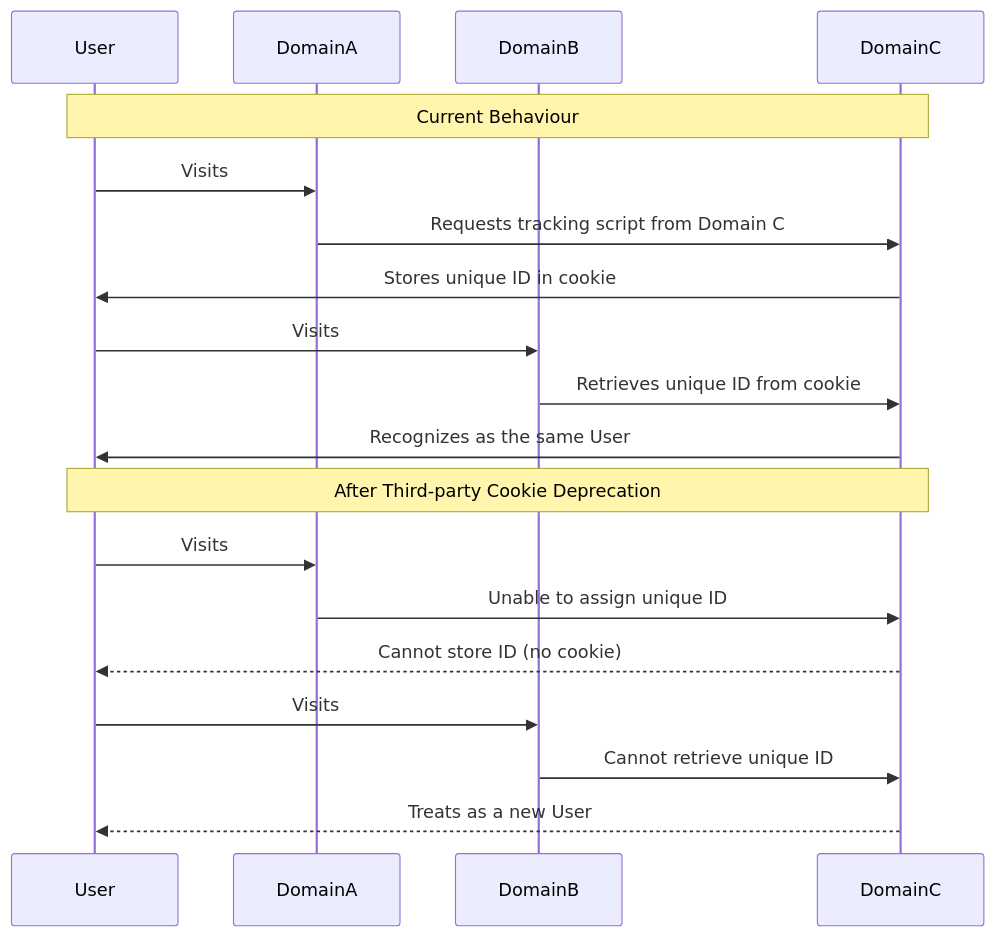
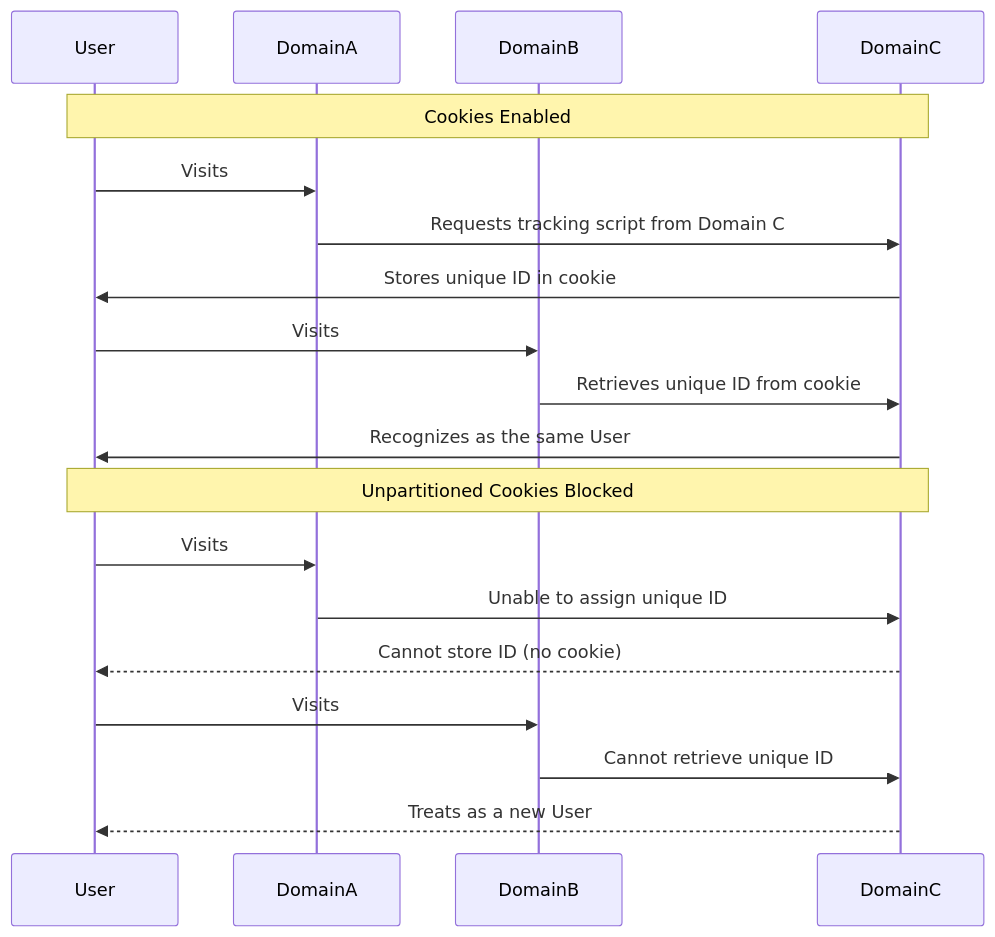
One commit to rtCamp/ps-analysis-tool-wiki changed the first of 7 diagrams in Example-analysis-scenarios.md. Above: the diagram before and after it, drawn with Mermaid. The commit also changed other lines of this file and 5 other files, not shown here.

````diff
--- a/Example-analysis-scenarios.md
+++ b/Example-analysis-scenarios.md
@@ -17,25 +17,25 @@
 ```mermaid
 sequenceDiagram
     participant User
     participant DomainA
     participant DomainB
     participant DomainC
 
-    Note over User,DomainC: Current Behaviour
+    Note over User,DomainC: Cookies Enabled
 
     User->>DomainA: Visits
     DomainA->>DomainC: Requests tracking script from Domain C
     DomainC->>User: Stores unique ID in cookie
     User->>DomainB: Visits
     DomainB->>DomainC: Retrieves unique ID from cookie
     DomainC->>User: Recognizes as the same User
 
-    Note over User,DomainC: After Third-party Cookie Deprecation
+    Note over User,DomainC: Unpartitioned Cookies Blocked
 
     User->>DomainA: Visits
     DomainA->>DomainC: Unable to assign unique ID
     DomainC-->>User: Cannot store ID (no cookie)
     User->>DomainB: Visits
     DomainB->>DomainC: Cannot retrieve unique ID
     DomainC-->>User: Treats as a new User
 ```
````
